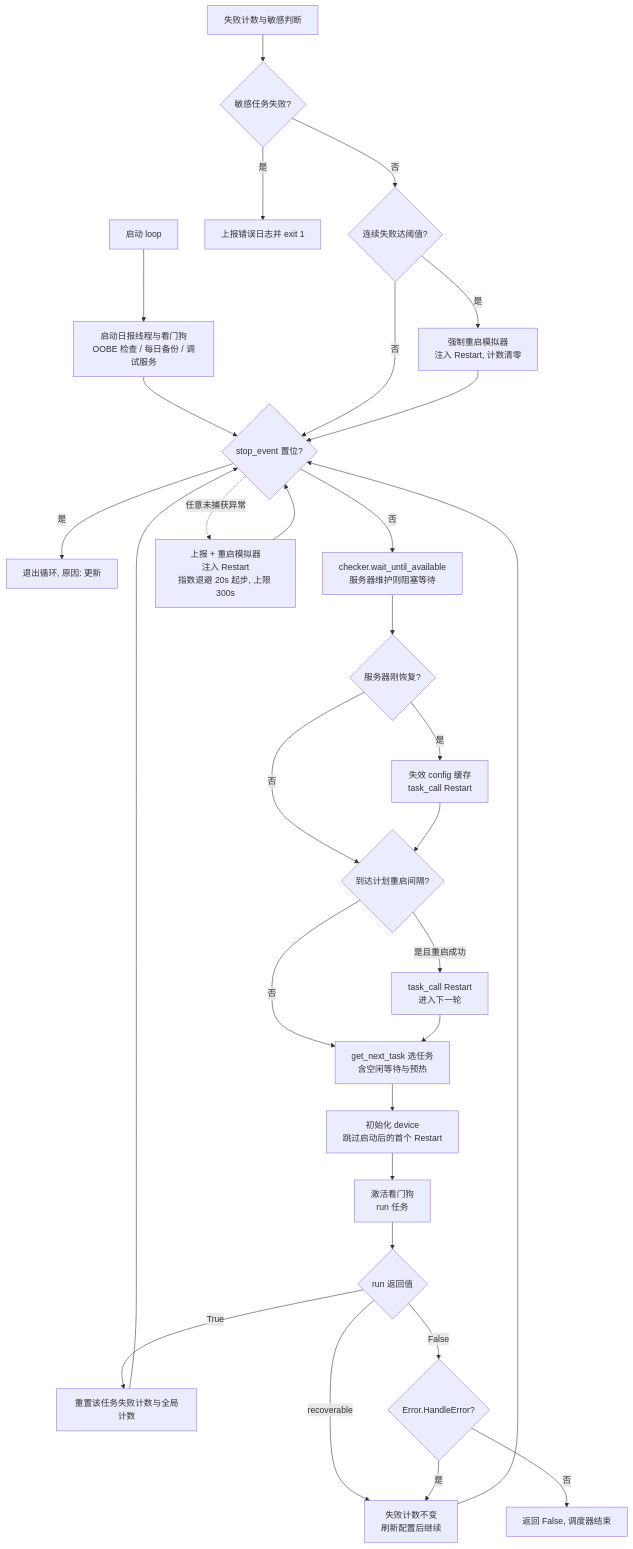
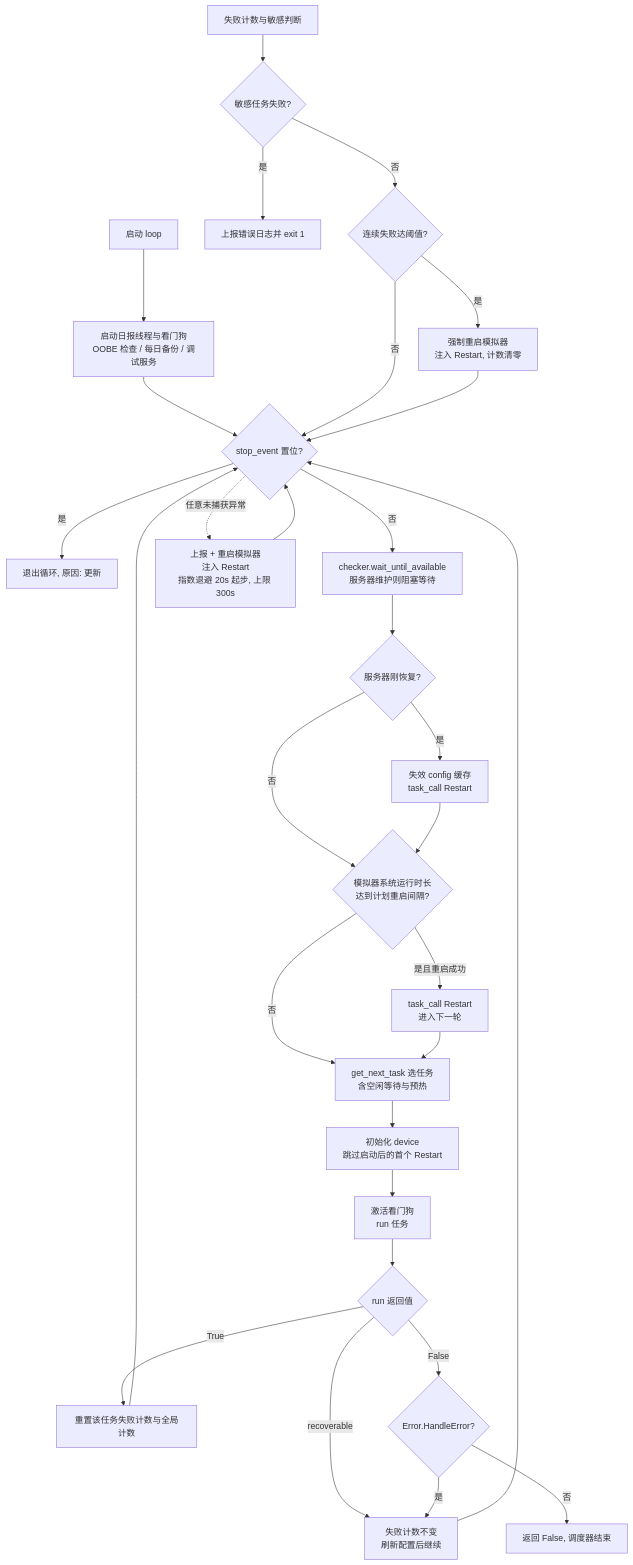
Before and after one commit to zhouyc0707-spec/AzurPilot: the first of 2 diagrams in docs/modules/entry/alas.md, drawn with Mermaid. The commit also changed other lines of this file and 11 other files, not shown here.

````diff
--- a/docs/modules/entry/alas.md
+++ b/docs/modules/entry/alas.md
@@ -123,32 +123,32 @@
 ```mermaid
 flowchart TD
     A[启动 loop] --> B[启动日报线程与看门狗<br>OOBE 检查 / 每日备份 / 调试服务]
     B --> C{stop_event 置位?}
     C -- 是 --> Z[退出循环, 原因: 更新]
     C -- 否 --> D[checker.wait_until_available<br>服务器维护则阻塞等待]
     D --> E{服务器刚恢复?}
     E -- 是 --> E1[失效 config 缓存<br>task_call Restart]
     E -- 否 --> F
-    E1 --> F{到达计划重启间隔?}
+    E1 --> F{模拟器系统运行时长<br>达到计划重启间隔?}
     F -- 是且重启成功 --> F1[task_call Restart<br>进入下一轮]
     F -- 否 --> G
     F1 --> G[get_next_task 选任务<br>含空闲等待与预热]
     G --> H[初始化 device<br>跳过启动后的首个 Restart]
     H --> I[激活看门狗<br>run 任务]
     I --> J{run 返回值}
     J -- True --> K[重置该任务失败计数与全局计数]
     J -- recoverable --> L[失败计数不变<br>刷新配置后继续]
     J -- False --> M{Error.HandleError?}
     M -- 是 --> L
     M -- 否 --> Z2[返回 False, 调度器结束]
     K --> C
     L --> C
     N[失败计数与敏感判断] --> O{敏感任务失败?}
     O -- 是 --> Z3[上报错误日志并 exit 1]
     O -- 否 --> P{连续失败达阈值?}
     P -- 是 --> P1[强制重启模拟器<br>注入 Restart, 计数清零]
     P -- 否 --> C
     P1 --> C
     C -. 任意未捕获异常 .-> Q[上报 + 重启模拟器<br>注入 Restart<br>指数退避 20s 起步, 上限 300s]
     Q --> C
 ```
````
